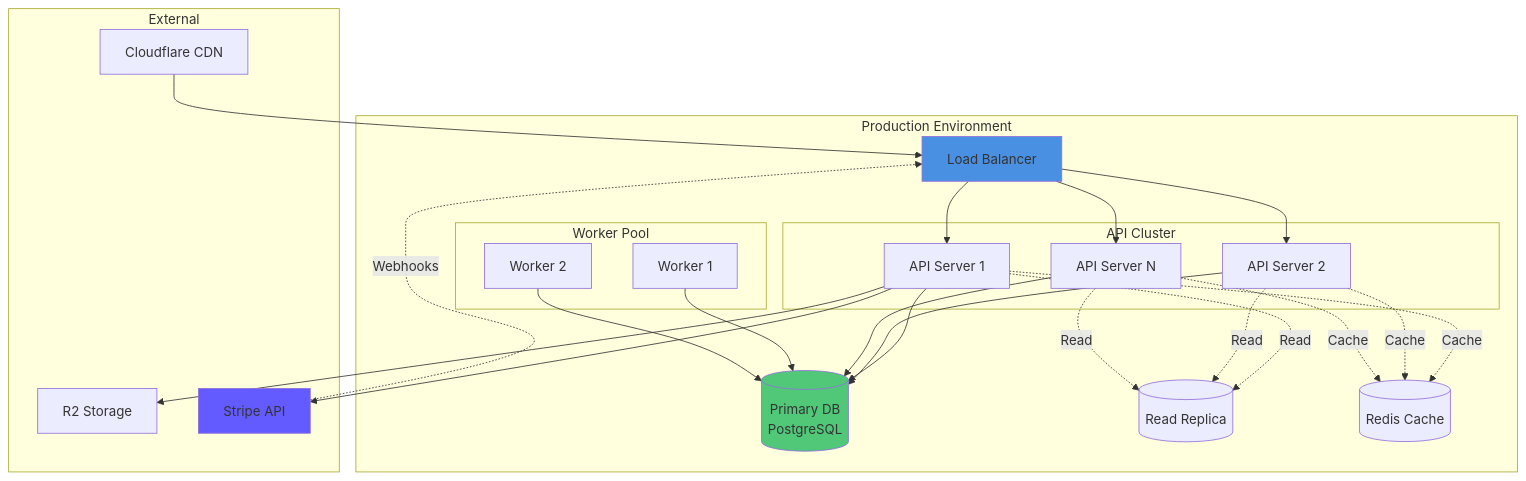
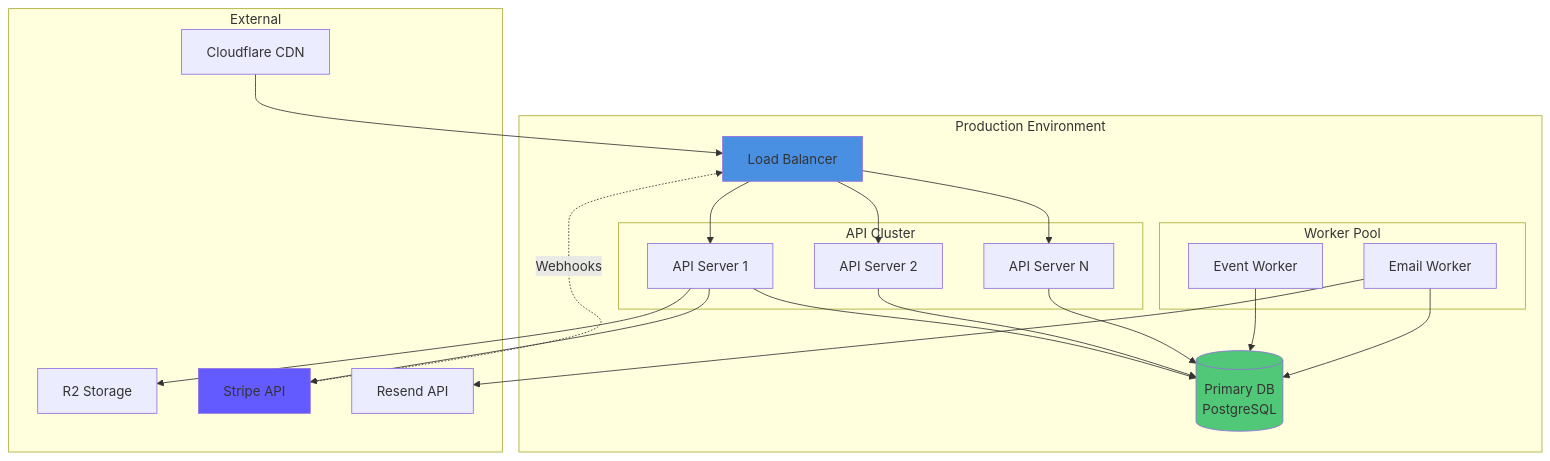
One commit to Blawby/blawby-backend changed the eighth of 8 diagrams in docs/SYSTEM_ARCHITECTURE.md. Above: the diagram before and after it, drawn with Mermaid. The commit also changed other lines of this file and 3 other files, not shown here.

Commit message:
docs: expand `SYSTEM_ARCHITECTURE.md` with detailed sections on tech stack, module structure, request flow, error handling, and event-driven architecture, and reorganize related documentation files.

````diff
--- a/docs/SYSTEM_ARCHITECTURE.md
+++ b/docs/SYSTEM_ARCHITECTURE.md
@@ -257,56 +520,47 @@
 ```mermaid
 graph TB
     subgraph "Production Environment"
         LB[Load Balancer]
 
         subgraph "API Cluster"
             API1[API Server 1]
             API2[API Server 2]
             API3[API Server N]
         end
 
         subgraph "Worker Pool"
-            W1[Worker 1]
-            W2[Worker 2]
+            W1[Event Worker]
+            W2[Email Worker]
         end
 
         DB[(Primary DB<br/>PostgreSQL)]
-        DBRR[(Read Replica)]
-
-        CACHE[(Redis Cache)]
 
         LB --> API1
         LB --> API2
         LB --> API3
 
         API1 --> DB
         API2 --> DB
         API3 --> DB
 
-        API1 -.->|Read| DBRR
-        API2 -.->|Read| DBRR
-        API3 -.->|Read| DBRR
-
-        API1 -.->|Cache| CACHE
-        API2 -.->|Cache| CACHE
-        API3 -.->|Cache| CACHE
-
         W1 --> DB
         W2 --> DB
     end
 
     subgraph "External"
         CDN[Cloudflare CDN]
         R2[R2 Storage]
         STRIPE[Stripe API]
+        RESEND[Resend API]
     end
 
     CDN --> LB
     API1 --> R2
     API1 --> STRIPE
+    W2 --> RESEND
     STRIPE -.->|Webhooks| LB
 
     style DB fill:#50C878
     style LB fill:#4A90E2
     style STRIPE fill:#635BFF
 ```
````
